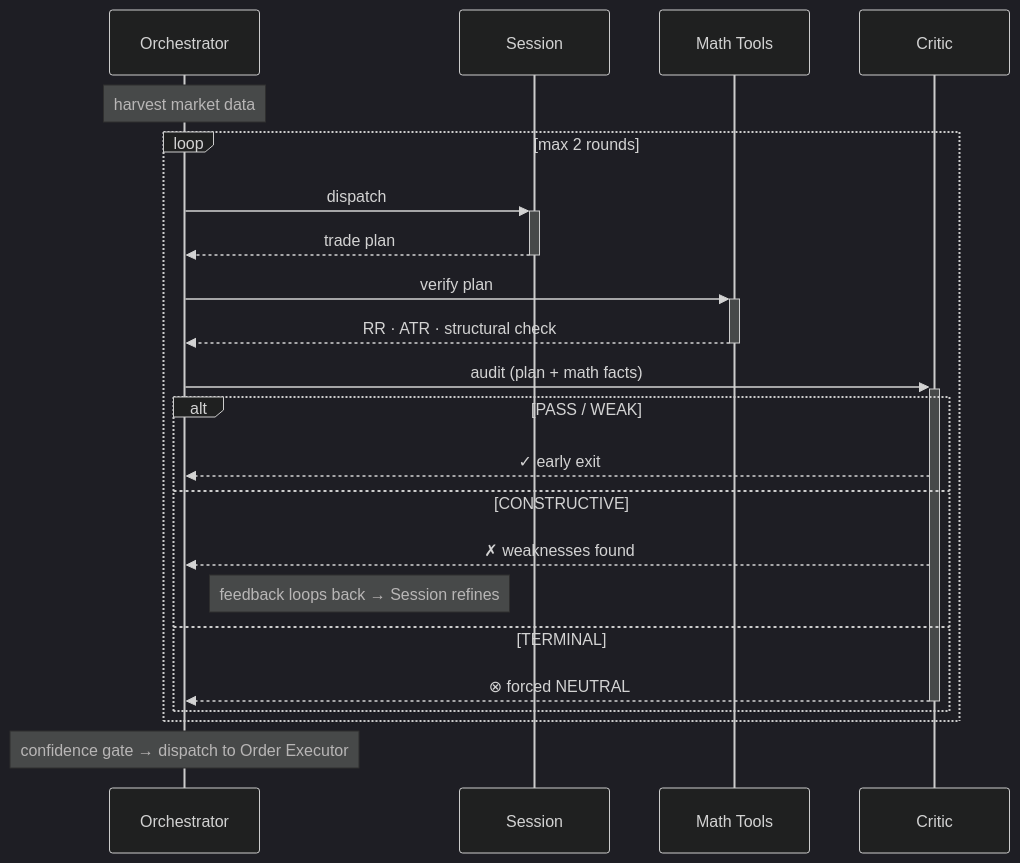
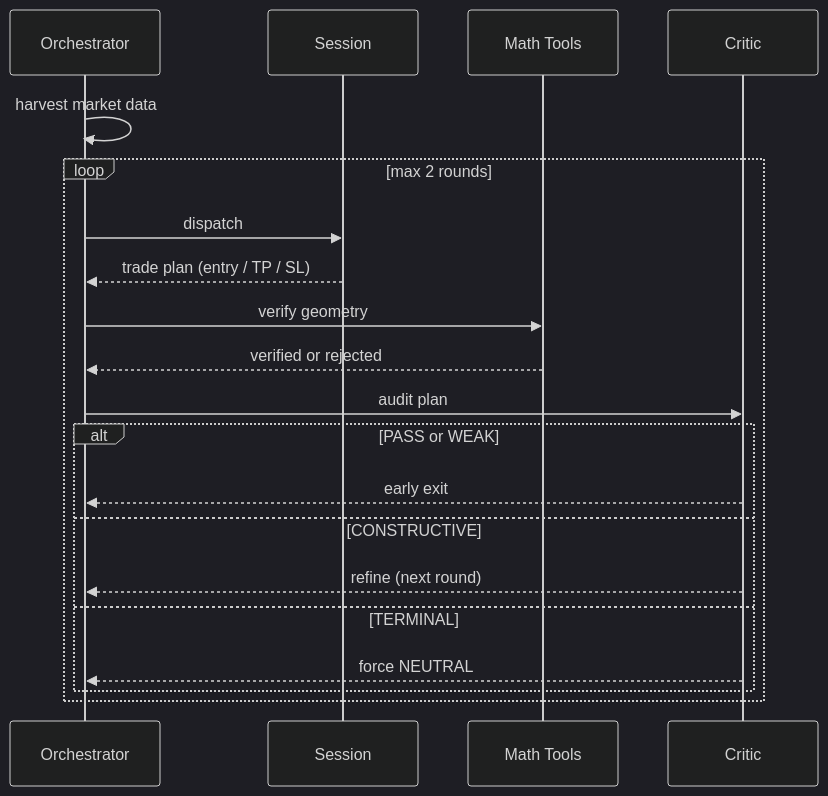
One commit to jiangyang5157/binary-star changed the first of 3 diagrams in README.md. Above: the diagram before and after it, drawn with Mermaid (dark theme). The commit also changed other lines of this file and 1 other file, not shown here.

Commit message:
refactor: update order management documentation and checklist to reflect breakeven logic improvements

````diff
--- a/README.md
+++ b/README.md
@@ -11,25 +9,23 @@
 ```mermaid
 sequenceDiagram
     participant BSO as Orchestrator
     participant S as Session
     participant M as Math Tools
     participant C as Critic
 
-    Note over BSO: harvest market data
+    BSO->>BSO: harvest market data
     loop max 2 rounds
-        BSO->>+S: dispatch
-        S-->>-BSO: trade plan
-        BSO->>+M: verify plan
-        M-->>-BSO: RR · ATR · structural check
-        BSO->>+C: audit (plan + math facts)
-        alt PASS / WEAK
-            C-->>BSO: ✓ early exit
+        BSO->>S: dispatch
+        S-->>BSO: trade plan (entry / TP / SL)
+        BSO->>M: verify geometry
+        M-->>BSO: verified or rejected
+        BSO->>C: audit plan
+        alt PASS or WEAK
+            C-->>BSO: early exit
         else CONSTRUCTIVE
-            C-->>BSO: ✗ weaknesses found
-            Note right of BSO: feedback loops back → Session refines
+            C-->>BSO: refine (next round)
         else TERMINAL
-            C-->>-BSO: ⊗ forced NEUTRAL
+            C-->>BSO: force NEUTRAL
         end
     end
-    Note over BSO: confidence gate → dispatch to Order Executor
 ```
````
